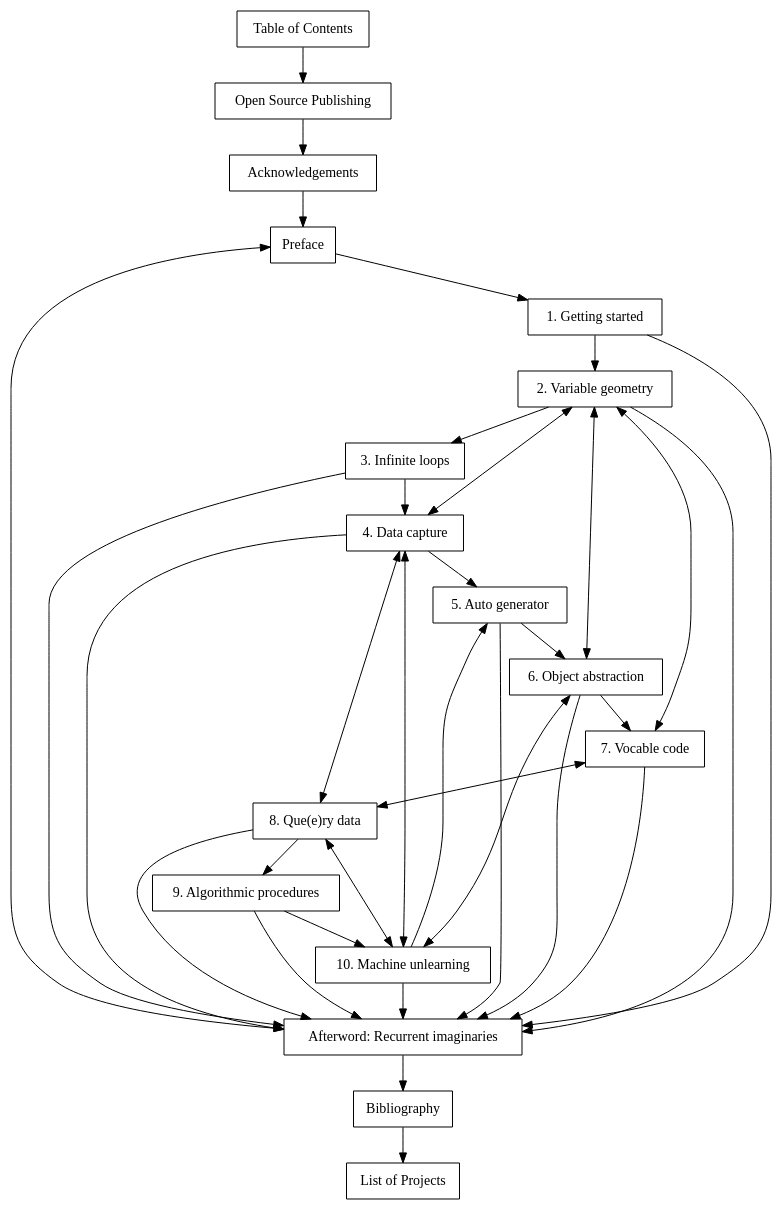
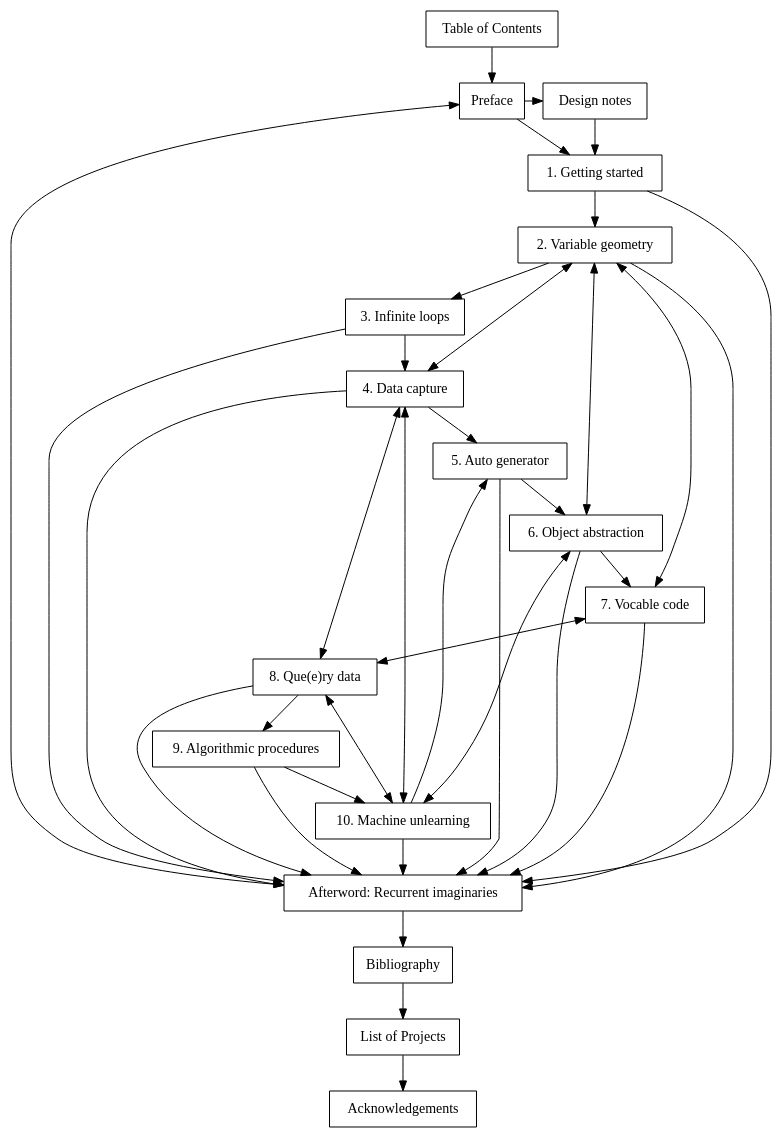
The diagram in graphviz/TOC.dot (danbz/aesthetic-programming), drawn with Graphviz before and after one commit. The commit also changed 1 other file, not shown here.

Commit message:
update graphiviz TOC

```diff
--- a/graphviz/TOC.dot
+++ b/graphviz/TOC.dot
@@ -1,37 +1,41 @@
 digraph toc {
 
 node[fontname="Hershey-Noailles-help-me", shape=rectangle]
 
+//rank
+{rank = same; 0, OSP}
 
 TOC [label="Table of Contents"]
-OSP [label="Open Source Publishing"]
-Ack [label="Acknowledgements"]
 0 [label="Preface"]
+OSP [label="Design notes"]
 1 [label="1. Getting started"]
 2 [label="2. Variable geometry"]
 3 [label="3. Infinite loops"]
 4 [label="4. Data capture"]
 5 [label="5. Auto generator"]
 6 [label="6. Object abstraction"]
 7 [label="7. Vocable code"]
 8 [label="8. Que(e)ry data"]
 9 [label="9. Algorithmic procedures"]
 10 [label="10. Machine unlearning"]
 11 [label="Afterword: Recurrent imaginaries"]
 Bi [label="Bibliography"]
 Project [label="List of Projects"]
-
+Ack [label="Acknowledgements"]
 
 //graph
-TOC -> OSP -> Ack -> 0 -> 1 -> 2 -> 3 -> 4 -> 5 -> 6 -> 7;
+TOC -> 0 ;
+0 -> OSP;
+OSP -> 1;
+0 -> 1 -> 2 -> 3 -> 4 -> 5 -> 6 -> 7;
 7 -> 8 [dir=both];
 7 -> 2 [dir=both];
-8 -> 9 -> 10 -> 11 -> Bi -> Project;
+8 -> 9 -> 10 -> 11 -> Bi -> Project -> Ack;
 0 -> 11 [dir=both];
 2 -> 6 [dir=both];
 1,2,3,4,5,6,7,8,9 -> 11;
 10 -> 5;
 4 -> 10 [dir=both];
 6 -> 10 [dir=both];
 2 -> 4 -> 8 -> 10[dir=both];
 }
```
